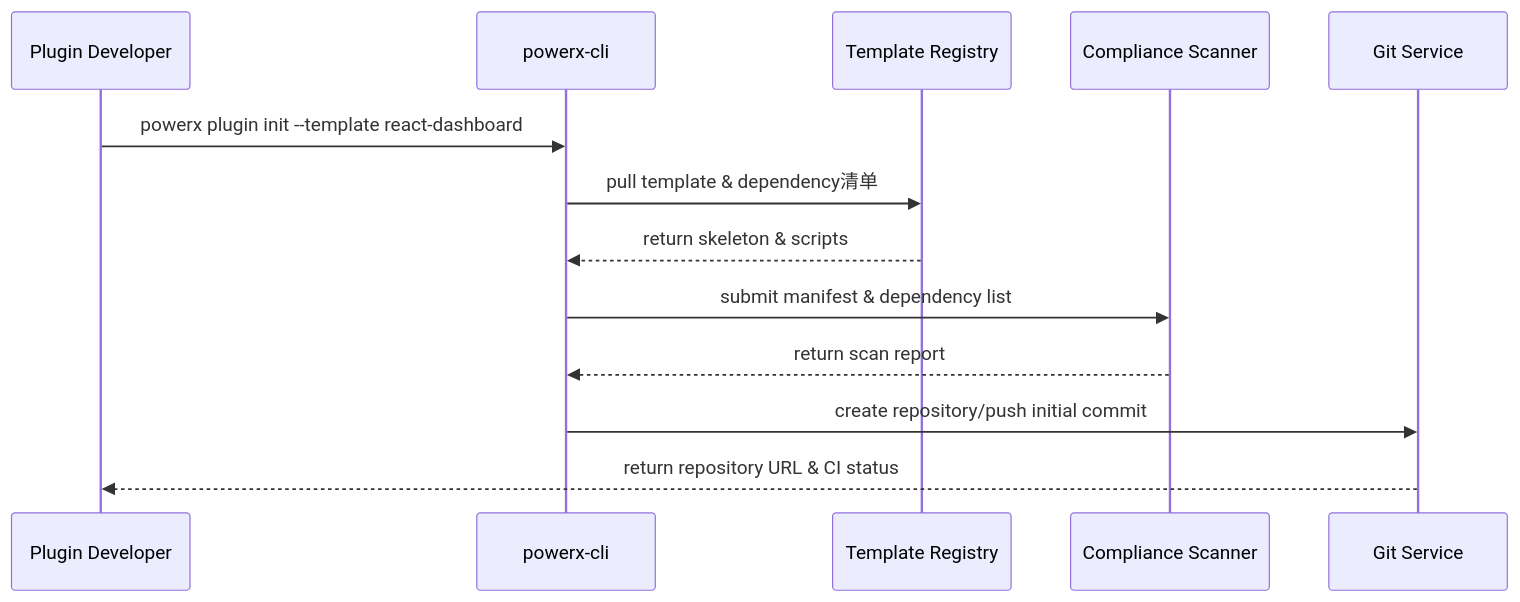
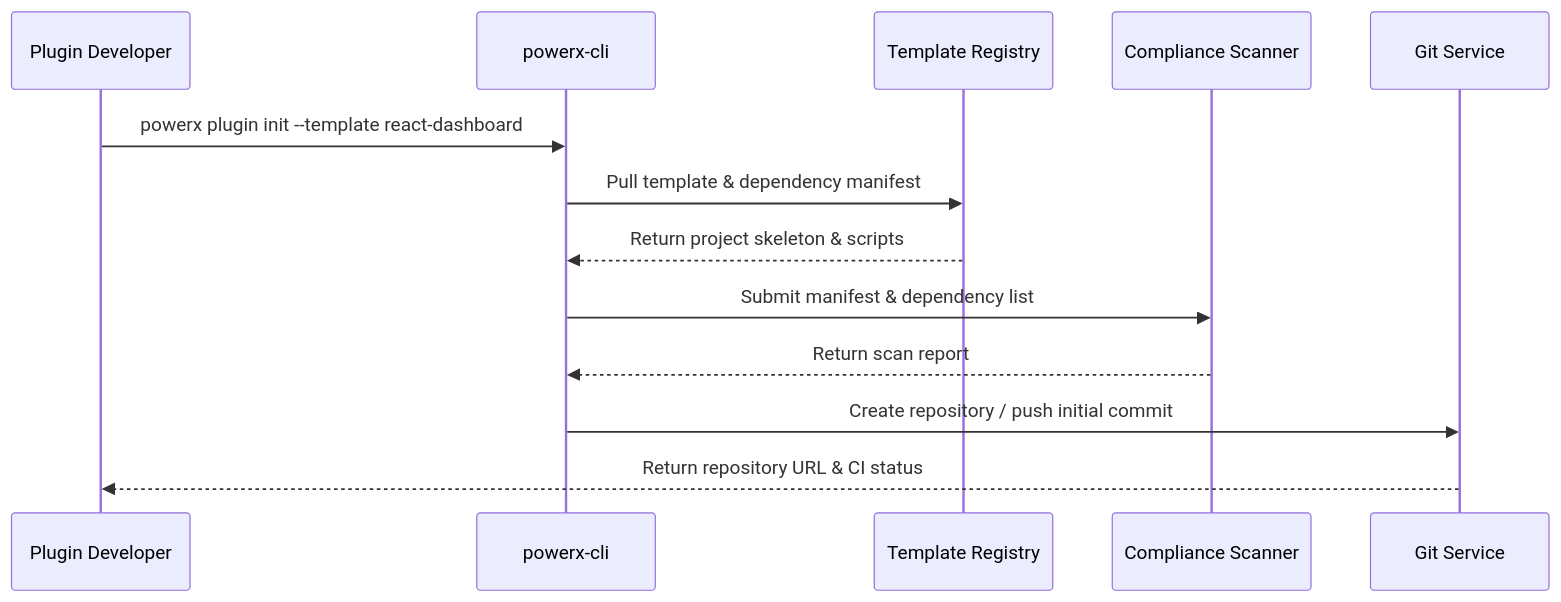
The diagram in docs/website/en/scenarios/SCN-DEV-PLUGIN-INIT-001/SCN-DEV-PLUGIN-CLI-INIT-001.md (ArtisanCloud/PowerXDoc), drawn with Mermaid before and after one commit. The commit also changed other lines of this file and 43 other files, not shown here.

````diff
--- a/docs/website/en/scenarios/SCN-DEV-PLUGIN-INIT-001/SCN-DEV-PLUGIN-CLI-INIT-001.md
+++ b/docs/website/en/scenarios/SCN-DEV-PLUGIN-INIT-001/SCN-DEV-PLUGIN-CLI-INIT-001.md
@@ -55,16 +55,16 @@
 ```mermaid
 sequenceDiagram
   participant Dev as Plugin Developer
   participant CLI as powerx-cli
   participant Template as Template Registry
   participant Scanner as Compliance Scanner
   participant Git as Git Service
 
   Dev->>CLI: powerx plugin init --template react-dashboard
-  CLI->>Template: pull template & dependency清单
-  Template-->>CLI: return skeleton & scripts
-  CLI->>Scanner: submit manifest & dependency list
-  Scanner-->>CLI: return scan report
-  CLI->>Git: create repository/push initial commit
-  Git-->>Dev: return repository URL & CI status
+  CLI->>Template: Pull template & dependency manifest
+  Template-->>CLI: Return project skeleton & scripts
+  CLI->>Scanner: Submit manifest & dependency list
+  Scanner-->>CLI: Return scan report
+  CLI->>Git: Create repository / push initial commit
+  Git-->>Dev: Return repository URL & CI status
 ```
````
